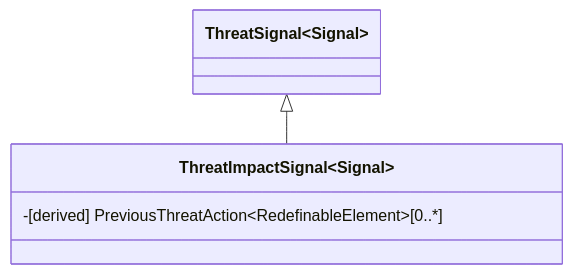
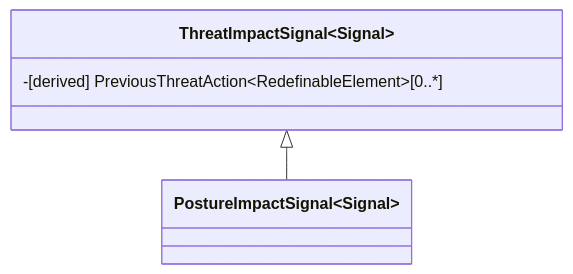
Before and after one commit to stuartfowler/CEMT: diagram 15 of 47 in Documentation/stereotypes.md, drawn with Mermaid. The commit also changed other lines of this file and 24 other files, not shown here.

````diff
--- a/Documentation/stereotypes.md
+++ b/Documentation/stereotypes.md
@@ -188,7 +208,7 @@
 ```mermaid
     classDiagram
         class ThreatImpactSignal~Signal~ {      
             -[derived] PreviousThreatAction~RedefinableElement~[0..*]
         }
-        ThreatSignal~Signal~ <|-- ThreatImpactSignal~Signal~
+        ThreatImpactSignal~Signal~ <|-- PostureImpactSignal~Signal~
 ```
````
